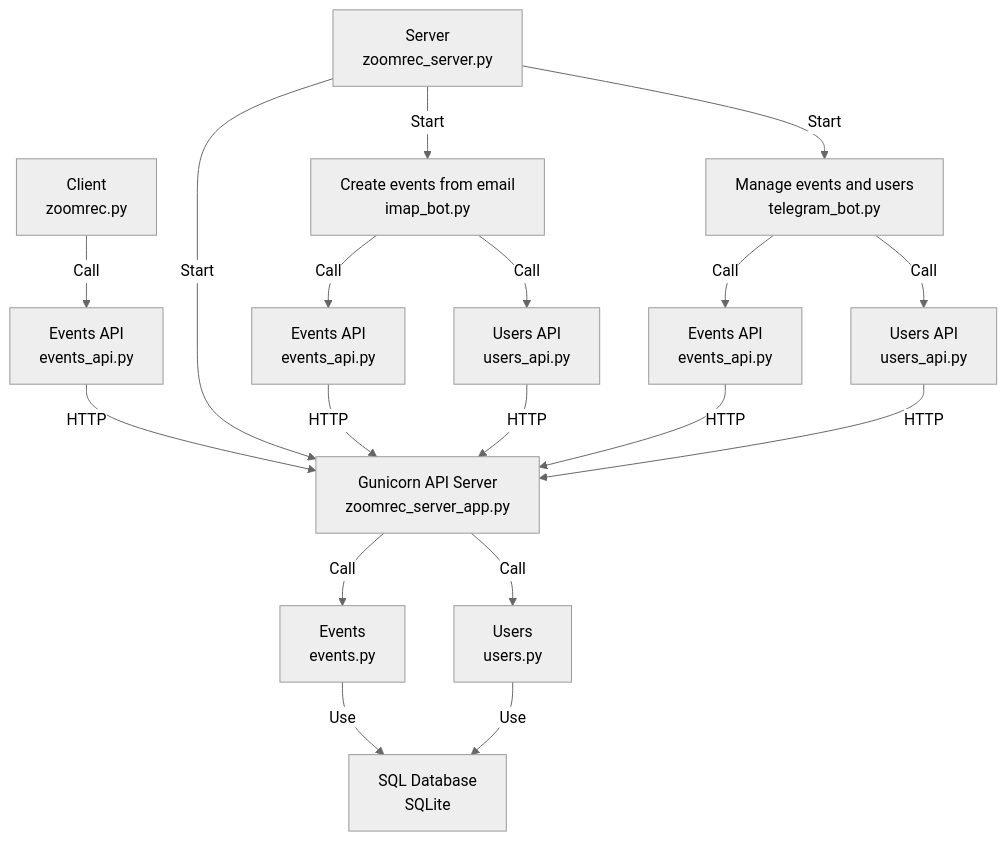
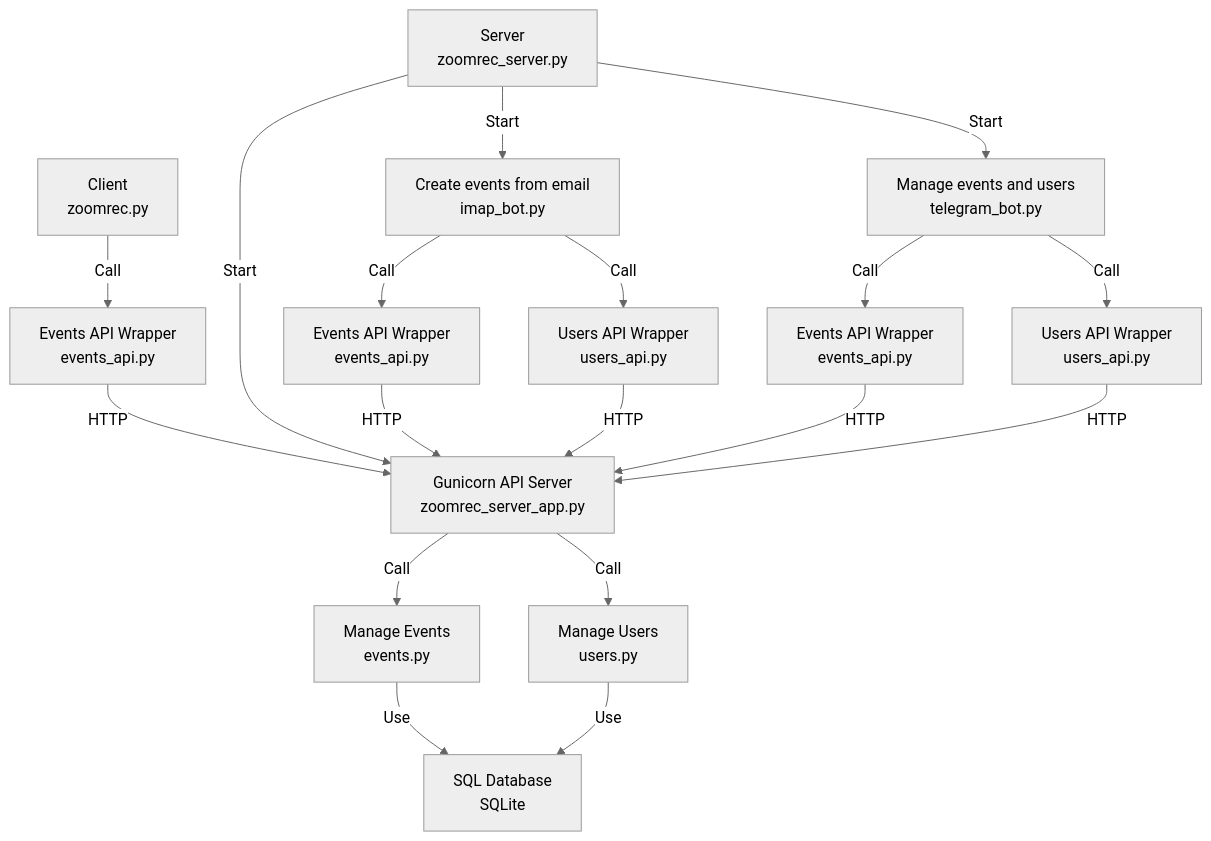
The diagram in README.md (rkilchmn/zoomrec), drawn with Mermaid (neutral theme) before and after one commit. The commit also changed other lines of this file and 2 other files, not shown here.

Commit message:
update new Readme including the architecture diagram

````diff
--- a/README.md
+++ b/README.md
@@ -5,22 +29,23 @@
 ```mermaid
+
 graph TD
     C[Client<br>zoomrec.py] 
-    C -->|Call| EAc[Events API<br>events_api.py]
+    C -->|Call| EAc[Events API Wrapper<br>events_api.py]
     EAc -->|HTTP| A
     S[Server<br>zoomrec_server.py] 
     S -->|Start| A[Gunicorn API Server<br>zoomrec_server_app.py]
-    A -->|Call| E[Events<br>events.py]
-    A -->|Call| U[Users<br>users.py]
+    A -->|Call| E[Manage Events<br>events.py]
+    A -->|Call| U[Manage Users<br>users.py]
     E -->|Use| DB[SQL Database<br>SQLite]
     U -->|Use| DB[SQL Database<br>SQLite]
     S -->|Start| I[Create events from email<br>imap_bot.py]
     S -->|Start| T[Manage events and users<br>telegram_bot.py]
-    I -->|Call| EAi[Events API<br>events_api.py]
-    I -->|Call| UAi[Users API<br>users_api.py]
+    I -->|Call| EAi[Events API Wrapper<br>events_api.py]
+    I -->|Call| UAi[Users API Wrapper<br>users_api.py]
     EAi -->|HTTP| A
     UAi -->|HTTP| A
-    T -->|Call| EAt[Events API<br>events_api.py]
-    T -->|Call| UAt[Users API<br>users_api.py]
+    T -->|Call| EAt[Events API Wrapper<br>events_api.py]
+    T -->|Call| UAt[Users API Wrapper<br>users_api.py]
     EAt -->|HTTP| A
     UAt -->|HTTP| A
 ```
````
